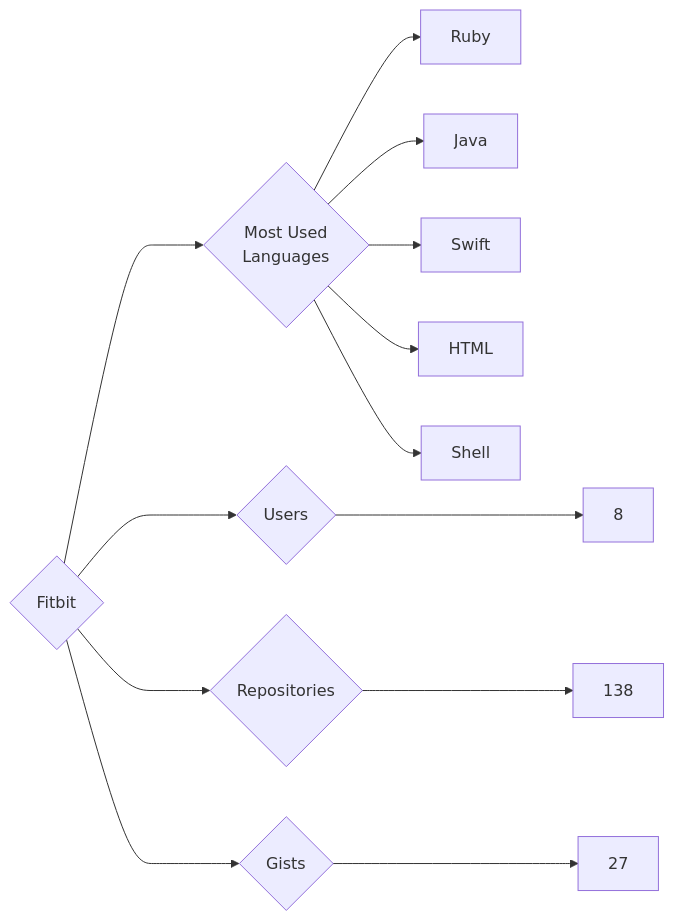
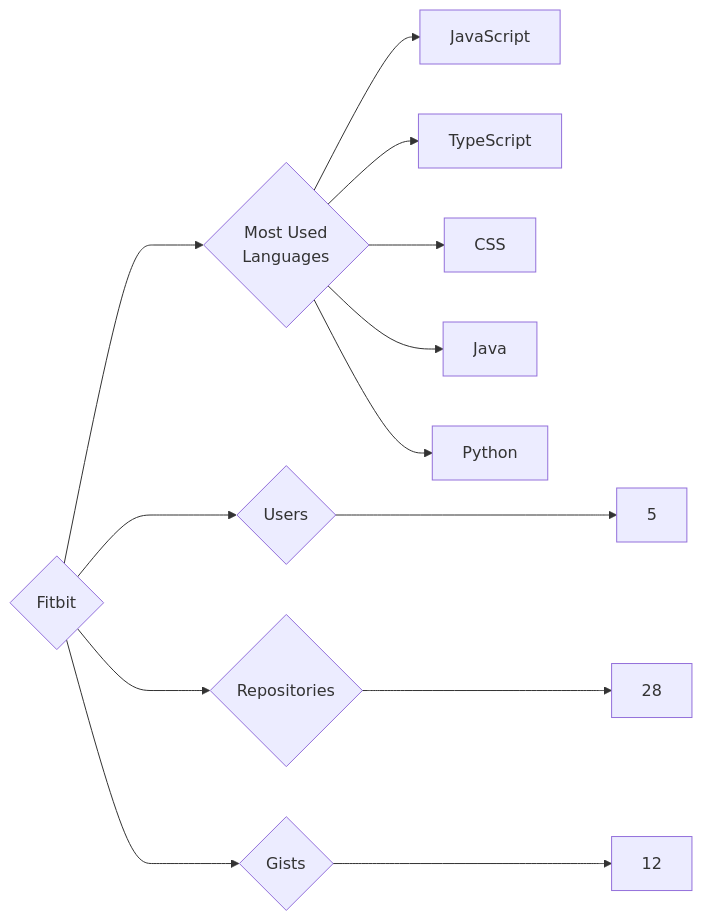
Before and after one commit to trickest/insiders: the diagram in targets/Fitbit/README.md, drawn with Mermaid. The commit also changed 1212 other files, not shown here.

````diff
--- a/targets/Fitbit/README.md
+++ b/targets/Fitbit/README.md
@@ -3,13 +3,13 @@
 ```mermaid
 graph LR
 COMPANY_NAME{Fitbit}
-COMPANY_NAME ---> U{Users} ---> UN[8]
-COMPANY_NAME ---> R{Repositories} ---> RN[138]
-COMPANY_NAME ---> G{Gists} ---> GN[27]
+COMPANY_NAME ---> U{Users} ---> UN[5]
+COMPANY_NAME ---> R{Repositories} ---> RN[28]
+COMPANY_NAME ---> G{Gists} ---> GN[12]
 COMPANY_NAME ---> ML{Most Used<br>Languages}
-ML --> Ruby[Ruby]
+ML --> JavaScript[JavaScript]
+ML --> TypeScript[TypeScript]
+ML --> CSS[CSS]
 ML --> Java[Java]
-ML --> Swift[Swift]
-ML --> HTML[HTML]
-ML --> Shell[Shell]
+ML --> Python[Python]
 ```
````
